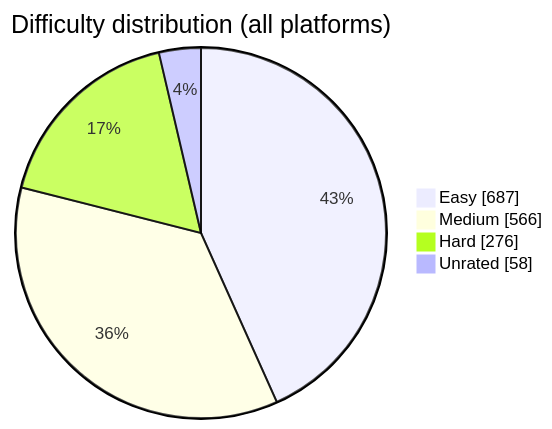
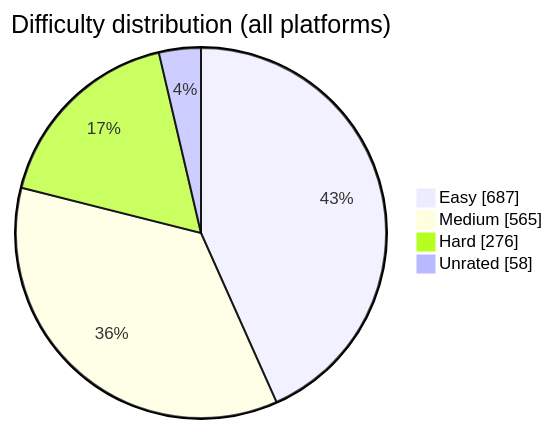
The diagram in README.md (BuildbyArindam/Daily-Coding-Log), drawn with Mermaid before and after one commit. The commit also changed other lines of this file, not shown here.

````diff
--- a/README.md
+++ b/README.md
@@ -93,7 +93,7 @@
 ```mermaid
 pie showData title Difficulty distribution (all platforms)
     "Easy" : 687
-    "Medium" : 566
+    "Medium" : 565
     "Hard" : 276
     "Unrated" : 58
 ```
````
